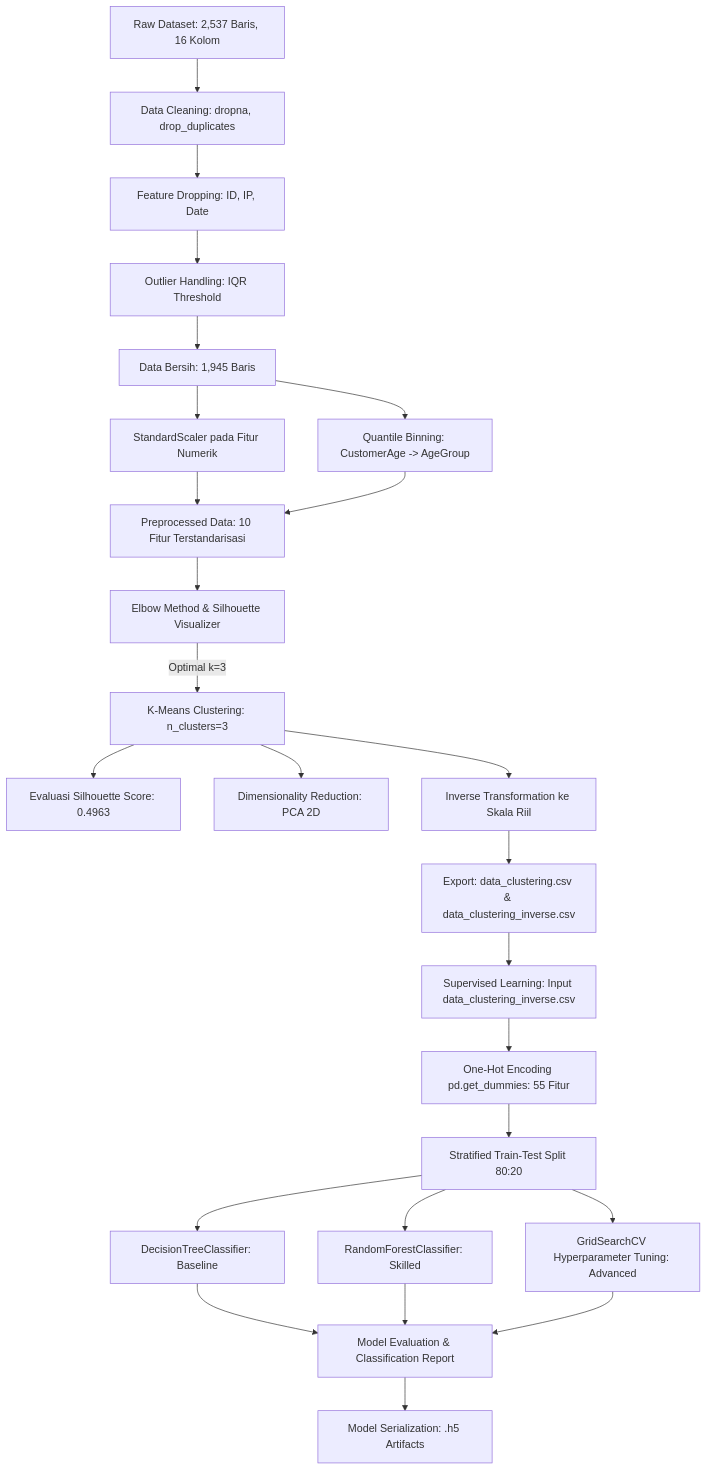
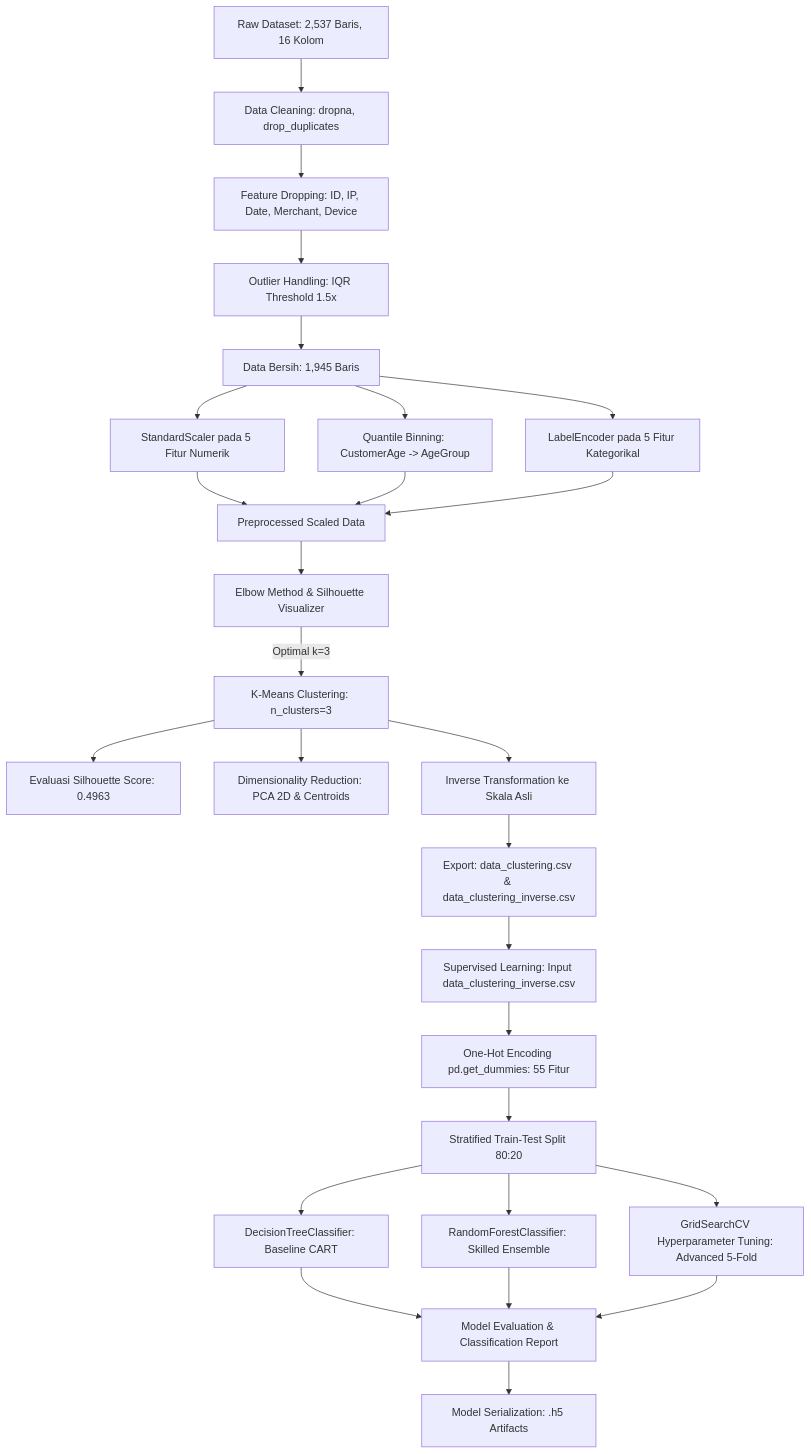
The diagram in README.md (G-than12/financial-fraud-detection), drawn with Mermaid before and after one commit. The commit also changed other lines of this file and 2 other files, not shown here.

````diff
--- a/README.md
+++ b/README.md
@@ -112,34 +140,36 @@
 ```mermaid
 flowchart TD
     A[Raw Dataset: 2,537 Baris, 16 Kolom] --> B[Data Cleaning: dropna, drop_duplicates]
-    B --> C[Feature Dropping: ID, IP, Date]
-    C --> D[Outlier Handling: IQR Threshold]
+    B --> C[Feature Dropping: ID, IP, Date, Merchant, Device]
+    C --> D[Outlier Handling: IQR Threshold 1.5x]
     D --> E[Data Bersih: 1,945 Baris]
     
-    E --> F1[StandardScaler pada Fitur Numerik]
+    E --> F1[StandardScaler pada 5 Fitur Numerik]
     E --> F2[Quantile Binning: CustomerAge -> AgeGroup]
-    F1 --> G[Preprocessed Data: 10 Fitur Terstandarisasi]
+    E --> F3[LabelEncoder pada 5 Fitur Kategorikal]
+    F1 --> G[Preprocessed Scaled Data]
     F2 --> G
+    F3 --> G
     
     G --> H[Elbow Method & Silhouette Visualizer]
     H -->|Optimal k=3| I[K-Means Clustering: n_clusters=3]
     I --> J[Evaluasi Silhouette Score: 0.4963]
-    I --> K[Dimensionality Reduction: PCA 2D]
+    I --> K[Dimensionality Reduction: PCA 2D & Centroids]
     
-    I --> L[Inverse Transformation ke Skala Riil]
+    I --> L[Inverse Transformation ke Skala Asli]
     L --> M[Export: data_clustering.csv & data_clustering_inverse.csv]
     
     M --> N[Supervised Learning: Input data_clustering_inverse.csv]
     N --> O[One-Hot Encoding pd.get_dummies: 55 Fitur]
     O --> P[Stratified Train-Test Split 80:20]
     
-    P --> Q1[DecisionTreeClassifier: Baseline]
-    P --> Q2[RandomForestClassifier: Skilled]
-    P --> Q3[GridSearchCV Hyperparameter Tuning: Advanced]
+    P --> Q1[DecisionTreeClassifier: Baseline CART]
+    P --> Q2[RandomForestClassifier: Skilled Ensemble]
+    P --> Q3[GridSearchCV Hyperparameter Tuning: Advanced 5-Fold]
     
     Q1 --> R[Model Evaluation & Classification Report]
     Q2 --> R
     Q3 --> R
     
     R --> S[Model Serialization: .h5 Artifacts]
 ```
````
